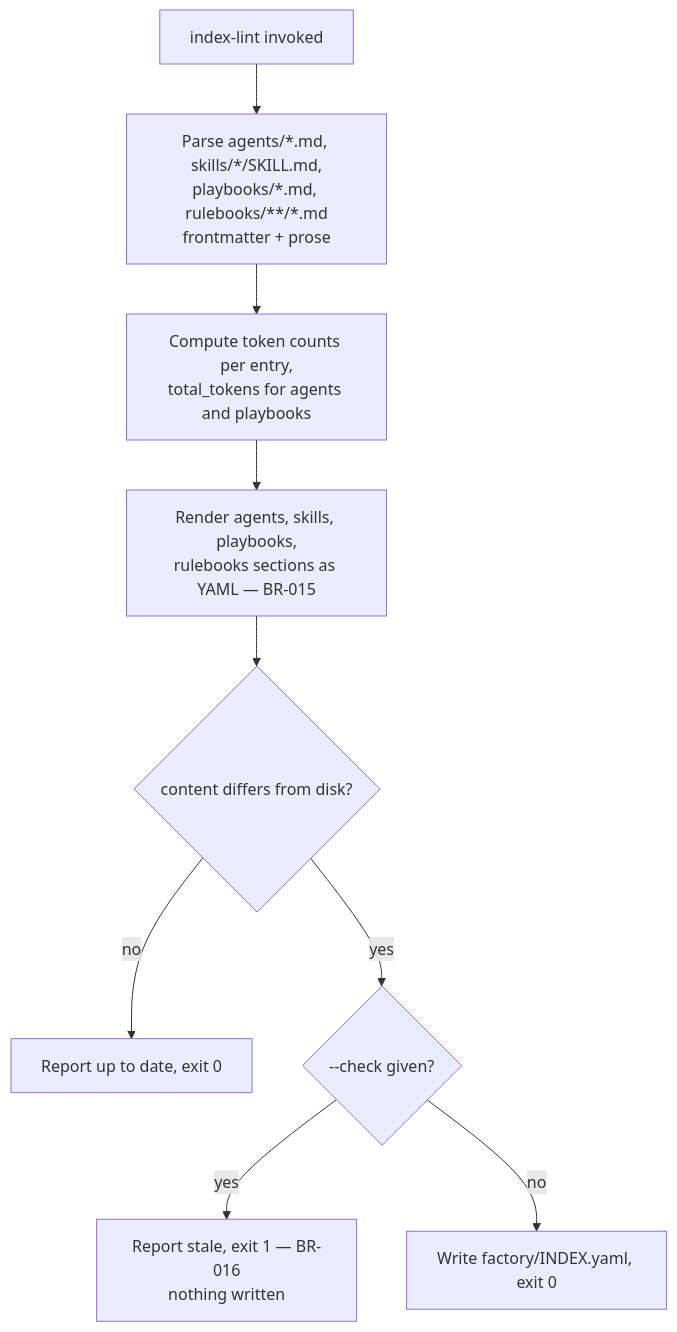
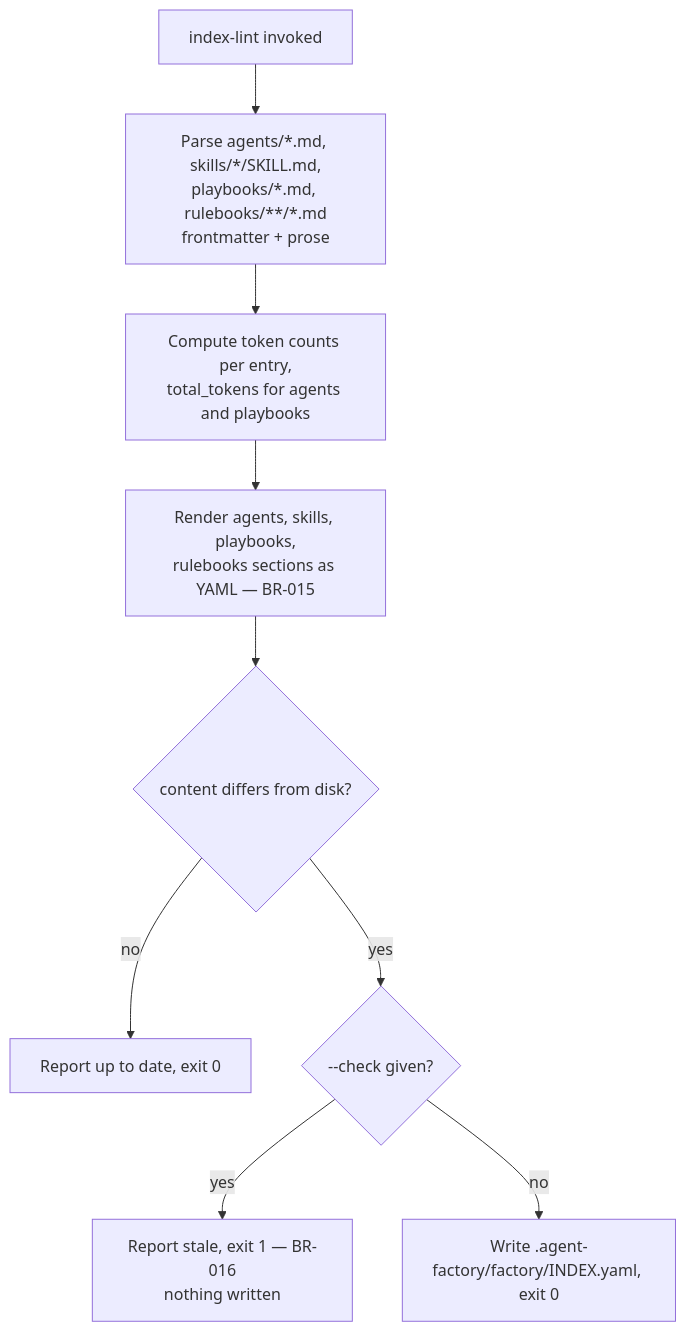
One commit to matthiasdaues/agent_factory changed the diagram in docs/~archive/spec/use_cases/UC-06-regenerate-the-catalog.md. Above: the diagram before and after it, drawn with Mermaid. The commit also changed other lines of this file and 499 other files, not shown here.

Commit message:
fix: update all factory/ links to .agent-factory/factory/ after layout migration

````diff
--- a/docs/~archive/spec/use_cases/UC-06-regenerate-the-catalog.md
+++ b/docs/~archive/spec/use_cases/UC-06-regenerate-the-catalog.md
@@ -60,11 +60,11 @@
 ```mermaid
 flowchart TD
     A[index-lint invoked] --> B[Parse agents/*.md, skills/*/SKILL.md,<br/>playbooks/*.md, rulebooks/**/*.md<br/>frontmatter + prose]
     B --> C[Compute token counts per entry,<br/>total_tokens for agents and playbooks]
     C --> D[Render agents, skills, playbooks,<br/>rulebooks sections as YAML — BR-015]
     D --> E{content differs from disk?}
     E -->|no| F[Report up to date, exit 0]
     E -->|yes| G{--check given?}
     G -->|yes| H[Report stale, exit 1 — BR-016<br/>nothing written]
-    G -->|no| I[Write factory/INDEX.yaml, exit 0]
+    G -->|no| I[Write .agent-factory/factory/INDEX.yaml, exit 0]
 ```
````
